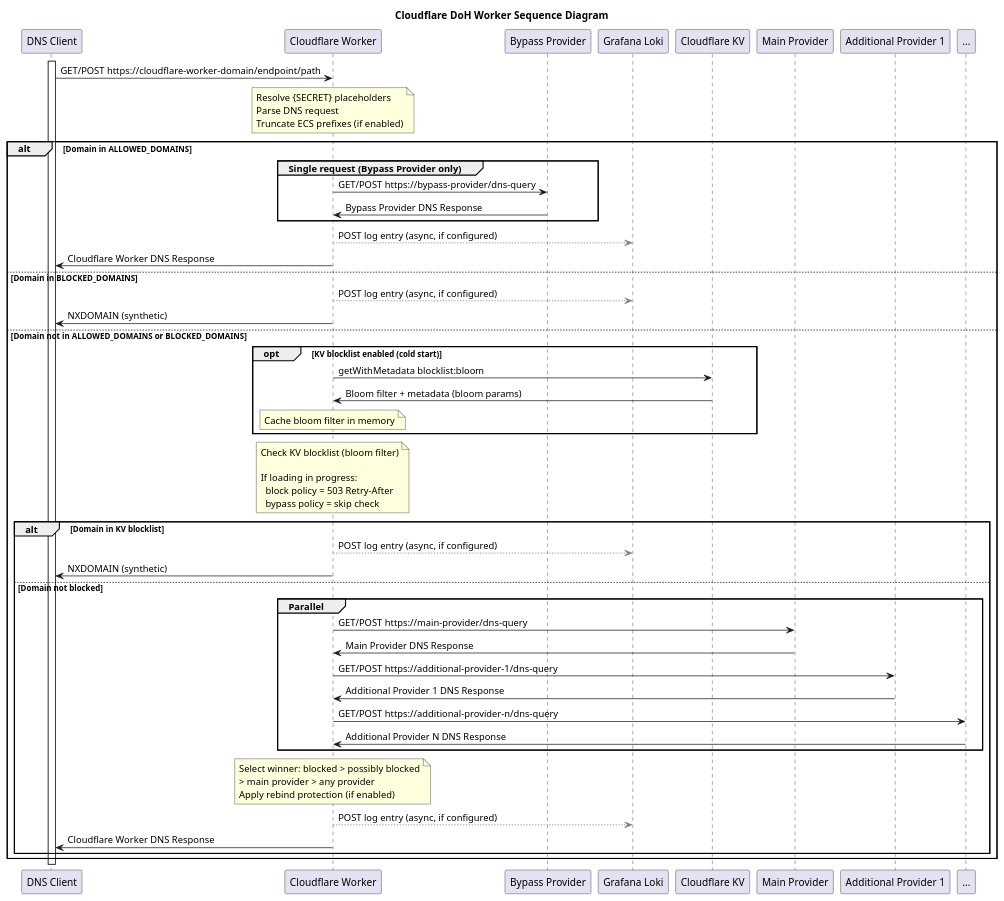
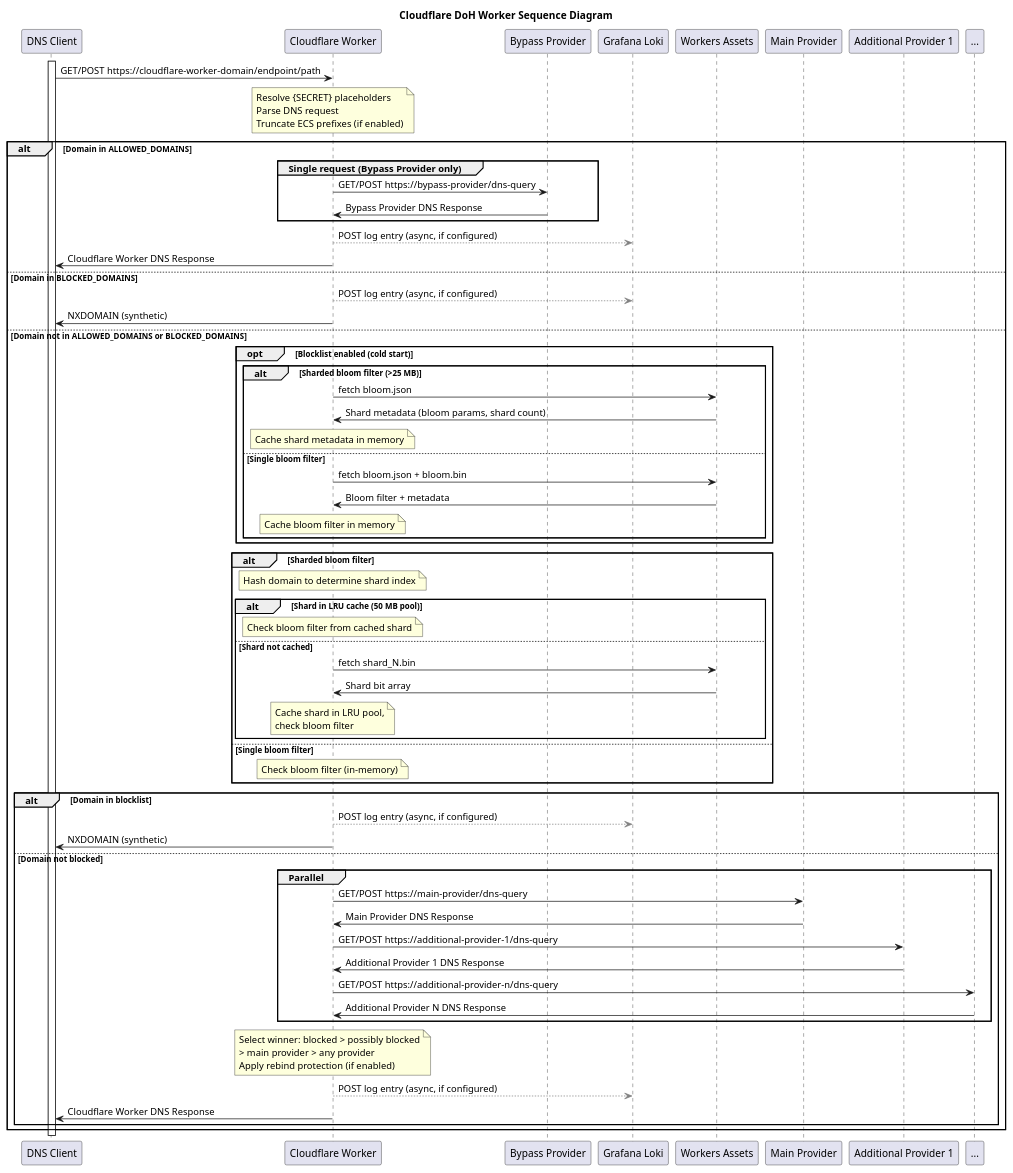
One commit to trevorlauder/cloudflare-doh-worker changed the diagram in docs/design.puml. Above: the diagram before and after it, drawn with PlantUML. The commit also changed 1 other file, not shown here.

Commit message:
chore(release) update design diagram for kv to asset change (#136)

```diff
--- a/docs/design.puml
+++ b/docs/design.puml
@@ -1,52 +1,69 @@
 @startuml Cloudflare-DoH-Worker
 
 title Cloudflare DoH Worker Sequence Diagram
 
 activate "DNS Client"
 
 "DNS Client" -> "Cloudflare Worker": GET/POST https://cloudflare-worker-domain/endpoint/path
 
 note over "Cloudflare Worker": Resolve {SECRET} placeholders\nParse DNS request\nTruncate ECS prefixes (if enabled)
 
 alt Domain in ALLOWED_DOMAINS
 group Single request (Bypass Provider only)
   "Cloudflare Worker" -> "Bypass Provider": GET/POST https://bypass-provider/dns-query
   "Cloudflare Worker" <- "Bypass Provider": Bypass Provider DNS Response
 end
 
 "Cloudflare Worker" -[#gray]-> "Grafana Loki": POST log entry (async, if configured)
 "Cloudflare Worker" -> "DNS Client": Cloudflare Worker DNS Response
 else Domain in BLOCKED_DOMAINS
   "Cloudflare Worker" -[#gray]-> "Grafana Loki": POST log entry (async, if configured)
   "Cloudflare Worker" -> "DNS Client": NXDOMAIN (synthetic)
 else Domain not in ALLOWED_DOMAINS or BLOCKED_DOMAINS
 
-opt KV blocklist enabled (cold start)
-  "Cloudflare Worker" -> "Cloudflare KV": getWithMetadata blocklist:bloom
-  "Cloudflare Worker" <- "Cloudflare KV": Bloom filter + metadata (bloom params)
-  note over "Cloudflare Worker": Cache bloom filter in memory
+opt Blocklist enabled (cold start)
+  alt Sharded bloom filter (>25 MB)
+    "Cloudflare Worker" -> "Workers Assets": fetch bloom.json
+    "Cloudflare Worker" <- "Workers Assets": Shard metadata (bloom params, shard count)
+    note over "Cloudflare Worker": Cache shard metadata in memory
+  else Single bloom filter
+    "Cloudflare Worker" -> "Workers Assets": fetch bloom.json + bloom.bin
+    "Cloudflare Worker" <- "Workers Assets": Bloom filter + metadata
+    note over "Cloudflare Worker": Cache bloom filter in memory
+  end
 end
 
-note over "Cloudflare Worker": Check KV blocklist (bloom filter)\n\nIf loading in progress:\n  block policy = 503 Retry-After\n  bypass policy = skip check
+alt Sharded bloom filter
+  note over "Cloudflare Worker": Hash domain to determine shard index
+  alt Shard in LRU cache (50 MB pool)
+    note over "Cloudflare Worker": Check bloom filter from cached shard
+  else Shard not cached
+    "Cloudflare Worker" -> "Workers Assets": fetch shard_N.bin
+    "Cloudflare Worker" <- "Workers Assets": Shard bit array
+    note over "Cloudflare Worker": Cache shard in LRU pool,\ncheck bloom filter
+  end
+else Single bloom filter
+  note over "Cloudflare Worker": Check bloom filter (in-memory)
+end
 
-alt Domain in KV blocklist
+alt Domain in blocklist
   "Cloudflare Worker" -[#gray]-> "Grafana Loki": POST log entry (async, if configured)
   "Cloudflare Worker" -> "DNS Client": NXDOMAIN (synthetic)
 else Domain not blocked
 group Parallel
   "Cloudflare Worker" -> "Main Provider": GET/POST https://main-provider/dns-query
   "Cloudflare Worker" <- "Main Provider": Main Provider DNS Response
   "Cloudflare Worker" -> "Additional Provider 1": GET/POST https://additional-provider-1/dns-query
   "Cloudflare Worker" <- "Additional Provider 1": Additional Provider 1 DNS Response
   "Cloudflare Worker" -> ...: GET/POST https://additional-provider-n/dns-query
   "Cloudflare Worker" <- ...: Additional Provider N DNS Response
 end
 
 note over "Cloudflare Worker": Select winner: blocked > possibly blocked\n> main provider > any provider\nApply rebind protection (if enabled)
 
 "Cloudflare Worker" -[#gray]-> "Grafana Loki": POST log entry (async, if configured)
 "Cloudflare Worker" -> "DNS Client": Cloudflare Worker DNS Response
 end
 end
 
 @enduml
```
